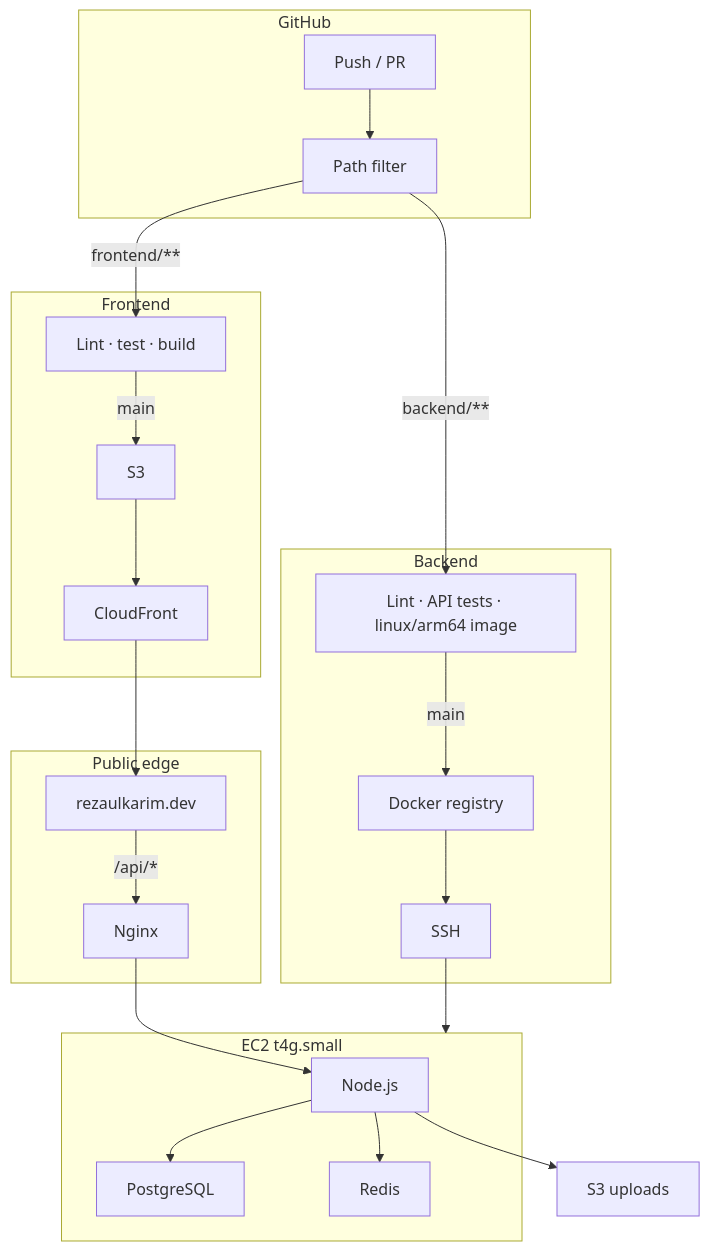
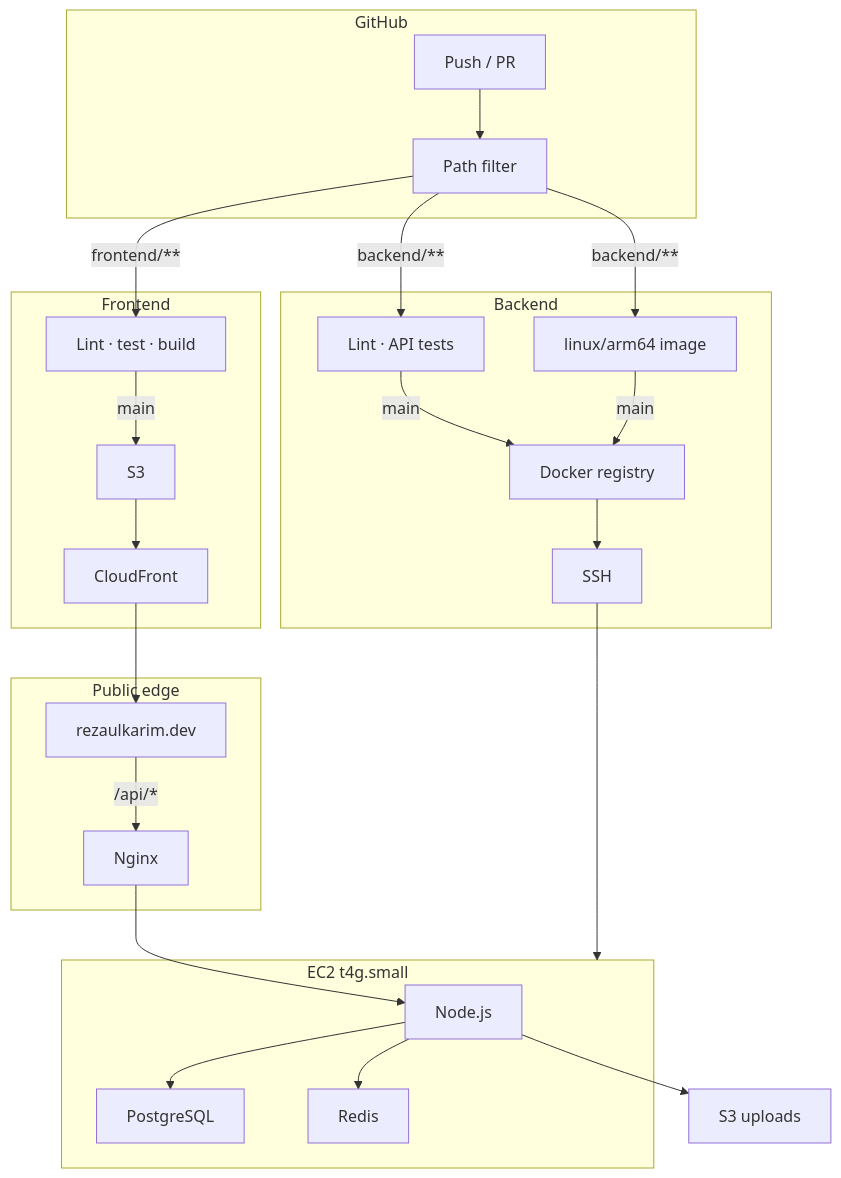
Before and after one commit to cse21program/portfolio: the diagram in README.md, drawn with Mermaid. The commit also changed other lines of this file and 36 other files, not shown here.

````diff
--- a/README.md
+++ b/README.md
@@ -55,43 +55,47 @@
 ```mermaid
 flowchart TB
   subgraph github [GitHub]
     Push["Push / PR"]
     Detect["Path filter"]
     Push --> Detect
   end
 
   subgraph frontendPipeline [Frontend]
     FeVal["Lint · test · build"]
     S3["S3"]
     CF["CloudFront"]
     Detect -->|frontend/**| FeVal
     FeVal -->|main| S3 --> CF
   end
 
   subgraph backendPipeline [Backend]
-    BeVal["Lint · API tests · linux/arm64 image"]
+    BeVal["Lint · API tests"]
+    BeImg["linux/arm64 image"]
     Registry["Docker registry"]
     SSH["SSH"]
     Detect -->|backend/**| BeVal
-    BeVal -->|main| Registry --> SSH
+    Detect -->|backend/**| BeImg
+    BeVal -->|main| Registry
+    BeImg -->|main| Registry
+    Registry --> SSH
   end
 
   subgraph edge [Public edge]
     Apex["rezaulkarim.dev"]
     CF --> Apex
     Apex -->|/api/*| Nginx
   end
 
   subgraph ec2 [EC2 t4g.small]
     Nginx["Nginx"]
     API["Node.js"]
     PG["PostgreSQL"]
     Redis["Redis"]
     Nginx --> API
     API --> PG
     API --> Redis
   end
 
   SSH --> ec2
   API --> Uploads["S3 uploads"]
 ```
````
